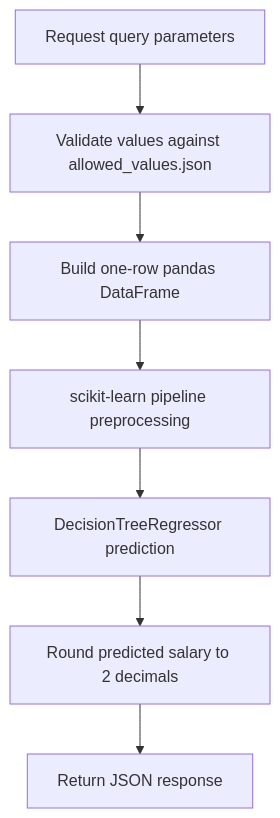
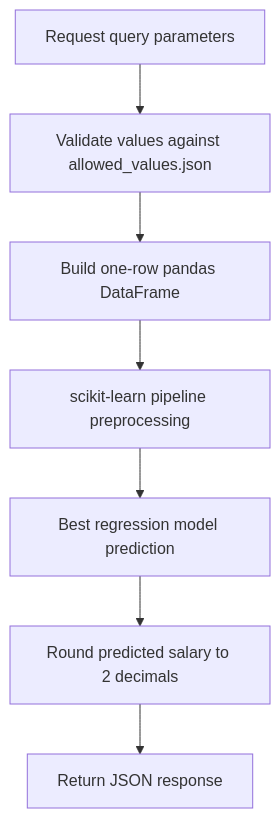
The second of 2 diagrams in docs/ai-workflow.md (baderkothman/salary-prediction-app), drawn with Mermaid before and after one commit. The commit also changed other lines of this file and 16 other files, not shown here.

````diff
--- a/docs/ai-workflow.md
+++ b/docs/ai-workflow.md
@@ -132,9 +120,9 @@
 ```mermaid
 flowchart TD
     A[Request query parameters] --> B[Validate values against allowed_values.json]
     B --> C[Build one-row pandas DataFrame]
     C --> D[scikit-learn pipeline preprocessing]
-    D --> E[DecisionTreeRegressor prediction]
+    D --> E[Best regression model prediction]
     E --> F[Round predicted salary to 2 decimals]
     F --> G[Return JSON response]
 ```
````
